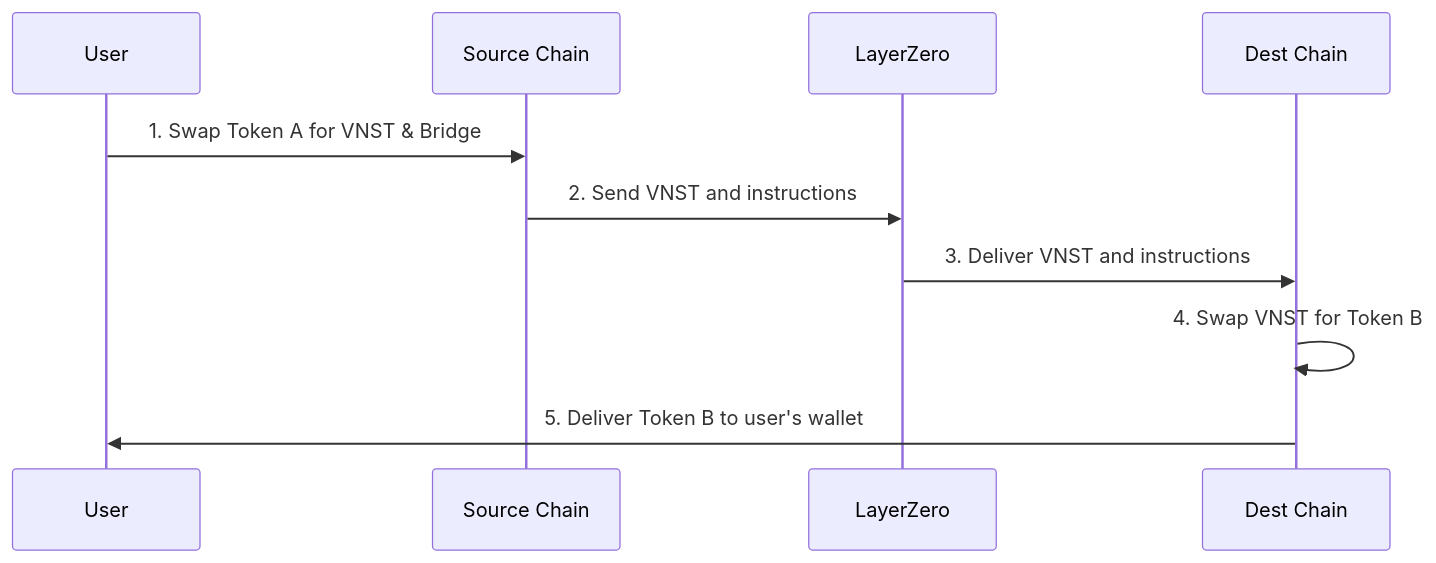
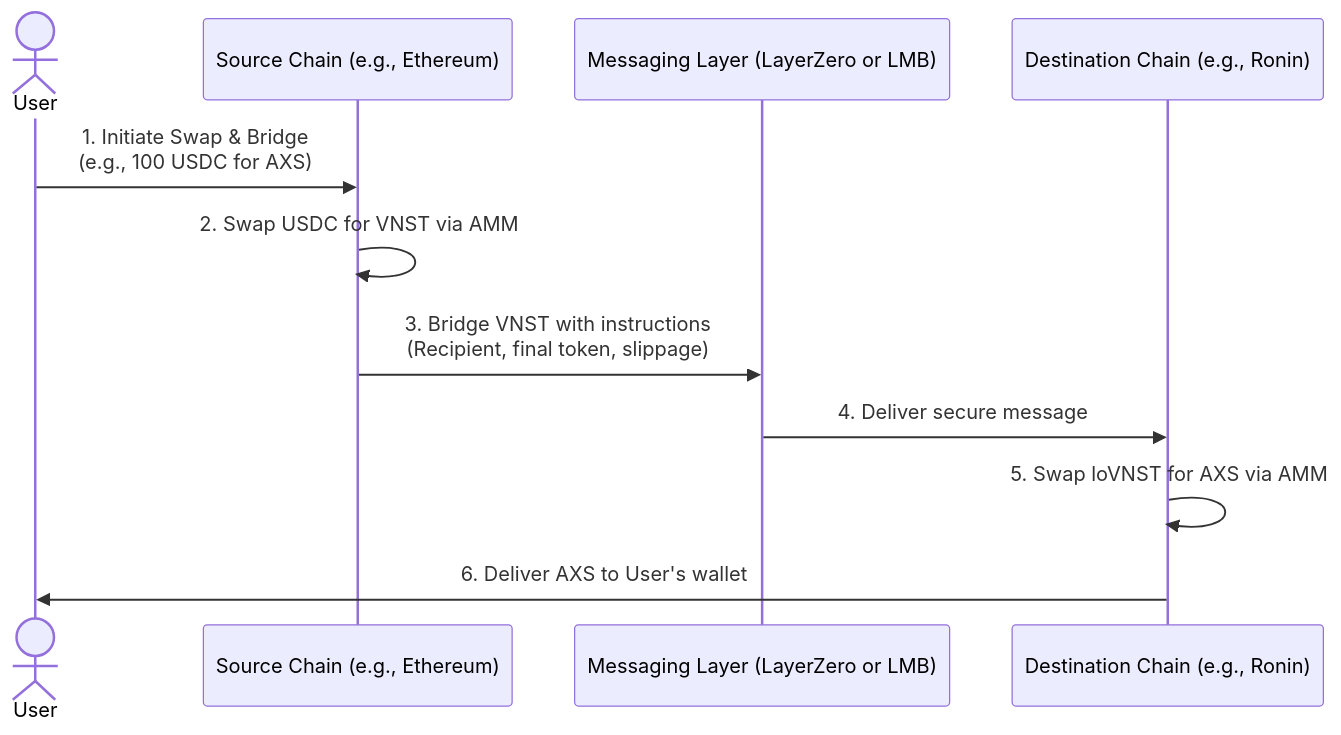
One commit to DxcMint868/lotus-bridge-monorepo changed the second of 8 diagrams in architecture.MD. Above: the diagram before and after it, drawn with Mermaid. The commit also changed other lines of this file, not shown here.

````diff
--- a/architecture.MD
+++ b/architecture.MD
@@ -80,13 +87,14 @@
 ```mermaid
 sequenceDiagram
-    participant User
-    participant SourceChain as Source Chain
-    participant LayerZero as LayerZero
-    participant DestChain as Dest Chain
-    
-    User->>SourceChain: 1. Swap Token A for VNST & Bridge
-    SourceChain->>LayerZero: 2. Send VNST and instructions
-    LayerZero->>DestChain: 3. Deliver VNST and instructions
-    DestChain->>DestChain: 4. Swap VNST for Token B
-    DestChain->>User: 5. Deliver Token B to user's wallet
+    actor User
+    participant SourceChain as Source Chain (e.g., Ethereum)
+    participant Messaging as Messaging Layer (LayerZero or LMB)
+    participant DestChain as Destination Chain (e.g., Ronin)
+
+    User->>SourceChain: 1. Initiate Swap & Bridge<br/>(e.g., 100 USDC for AXS)
+    SourceChain->>SourceChain: 2. Swap USDC for VNST via AMM
+    SourceChain->>Messaging: 3. Bridge VNST with instructions<br/>(Recipient, final token, slippage)
+    Messaging->>DestChain: 4. Deliver secure message
+    DestChain->>DestChain: 5. Swap loVNST for AXS via AMM
+    DestChain->>User: 6. Deliver AXS to User's wallet
 ```
````
